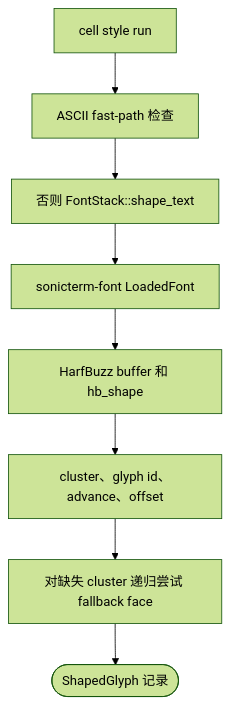
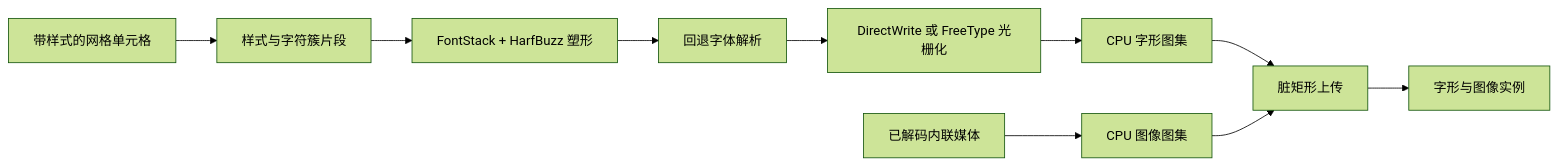
Before and after one commit to D0n9X1n/SonicTerm: the second of 2 diagrams in wiki/Rendering-and-Fonts.md, drawn with Mermaid (forest theme). The commit also changed other lines of this file and 33 other files, not shown here.

````diff
--- a/wiki/Rendering-and-Fonts.md
+++ b/wiki/Rendering-and-Fonts.md
@@ -451,19 +280,12 @@
 ```mermaid
-flowchart TD
-    run["cell style run"]
-    ascii["ASCII fast-path 检查"]
-    shape["否则 FontStack::shape_text"]
-    loaded["sonicterm-font LoadedFont"]
-    hb["HarfBuzz buffer 和 hb_shape"]
-    clusters["cluster、glyph id、advance、offset"]
-    fallback["对缺失 cluster 递归尝试 fallback face"]
-    shaped(["ShapedGlyph 记录"])
-
-    run --> ascii
-    ascii --> shape
-    shape --> loaded
-    loaded --> hb
-    hb --> clusters
-    clusters --> fallback
-    fallback --> shaped
+flowchart LR
+    grid["带样式的网格单元格"] --> runs["样式与字符簇片段"]
+    runs --> shape["FontStack + HarfBuzz 塑形"]
+    shape --> fallback["回退字体解析"]
+    fallback --> raster["DirectWrite 或 FreeType 光栅化"]
+    raster --> glyphAtlas["CPU 字形图集"]
+    media["已解码内联媒体"] --> imageAtlas["CPU 图像图集"]
+    glyphAtlas --> upload["脏矩形上传"]
+    imageAtlas --> upload
+    upload --> draw["字形与图像实例"]
 ```
````
